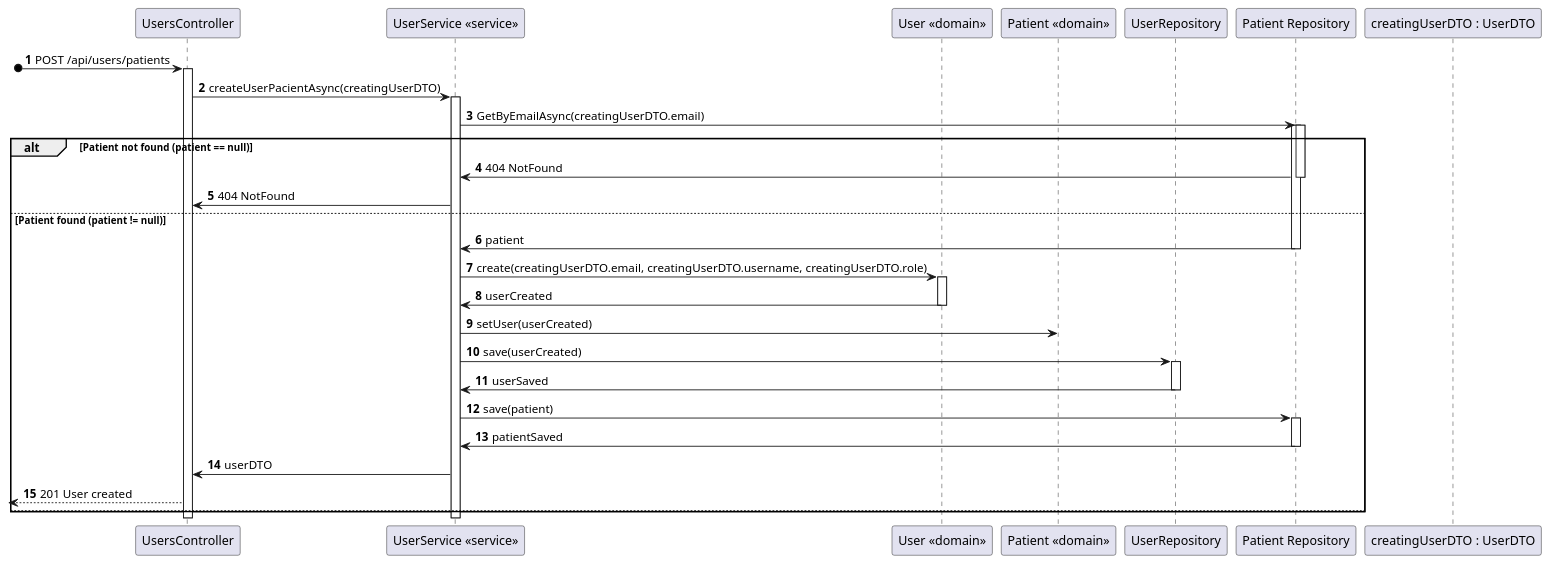
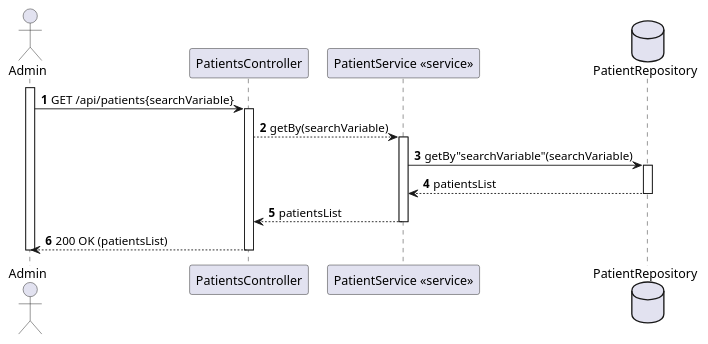
The diagram in docs/PatientProfilesListing/views/level3/process-view2.puml (Lapr5G21/sem5pi-24-25-3ddg21), drawn with PlantUML before and after one commit. The commit also changed 31 other files, not shown here.

Commit message:
all documentation done and staff service and controller update #14

```diff
--- a/docs/PatientProfilesListing/views/level3/process-view2.puml
+++ b/docs/PatientProfilesListing/views/level3/process-view2.puml
@@ -1,61 +1,31 @@
-@startuml 
+@startuml PatientProfilesListing(level3-2)
+
 autonumber
-participant CTRL as "UsersController"
-participant SERVICE as "UserService <<service>>"
-participant User as "User <<domain>>"
-participant Patient as "Patient <<domain>>"
-participant USERREPO as "UserRepository"
-participant PATIENTREPO as "Patient Repository"
-participant DTO as "creatingUserDTO : UserDTO"
+actor Admin as "Admin"
+participant CTRL as "PatientsController"
+participant SERVICE as "PatientService <<service>>"
 
-?o-> CTRL : POST /api/users/patients
+database REPO as "PatientRepository"
+
+activate Admin
+
+Admin -> CTRL : GET /api/patients{searchVariable}
 activate CTRL
 
-CTRL -> SERVICE : createUserPacientAsync(creatingUserDTO)
+CTRL --> SERVICE : getBy(searchVariable)
 activate SERVICE
 
-SERVICE -> PATIENTREPO : GetByEmailAsync(creatingUserDTO.email)
-activate PATIENTREPO
-alt Patient not found (patient == null)
+SERVICE -> REPO : getBy"searchVariable"(searchVariable)
+activate REPO
 
-    activate PATIENTREPO
+REPO --> SERVICE : patientsList 
+deactivate REPO
 
-    PATIENTREPO -> SERVICE : 404 NotFound
-    
-    deactivate PATIENTREPO
+SERVICE --> CTRL : patientsList
+deactivate SERVICE 
 
-    SERVICE -> CTRL : 404 NotFound
+CTRL --> Admin : 200 OK (patientsList)
 
-else Patient found (patient != null)
-    PATIENTREPO -> SERVICE : patient
-    deactivate PATIENTREPO
-
-    SERVICE -> User : create(creatingUserDTO.email, creatingUserDTO.username, creatingUserDTO.role)
-    activate User
-
-    User -> SERVICE : userCreated
-    deactivate User
-
-    SERVICE -> Patient : setUser(userCreated)
-    SERVICE -> USERREPO : save(userCreated)
-    activate USERREPO
-
-    USERREPO -> SERVICE : userSaved
-    deactivate USERREPO
-
-    SERVICE -> PATIENTREPO : save(patient)
-    activate PATIENTREPO
-
-    PATIENTREPO -> SERVICE : patientSaved
-    deactivate PATIENTREPO
-
-    SERVICE -> CTRL : userDTO
-    
-    <-- CTRL : 201 User created
-
-else 
-end
-
-deactivate SERVICE
-deactivate CTRL
+deactivate CTRL 
+deactivate Admin
 @enduml
```
